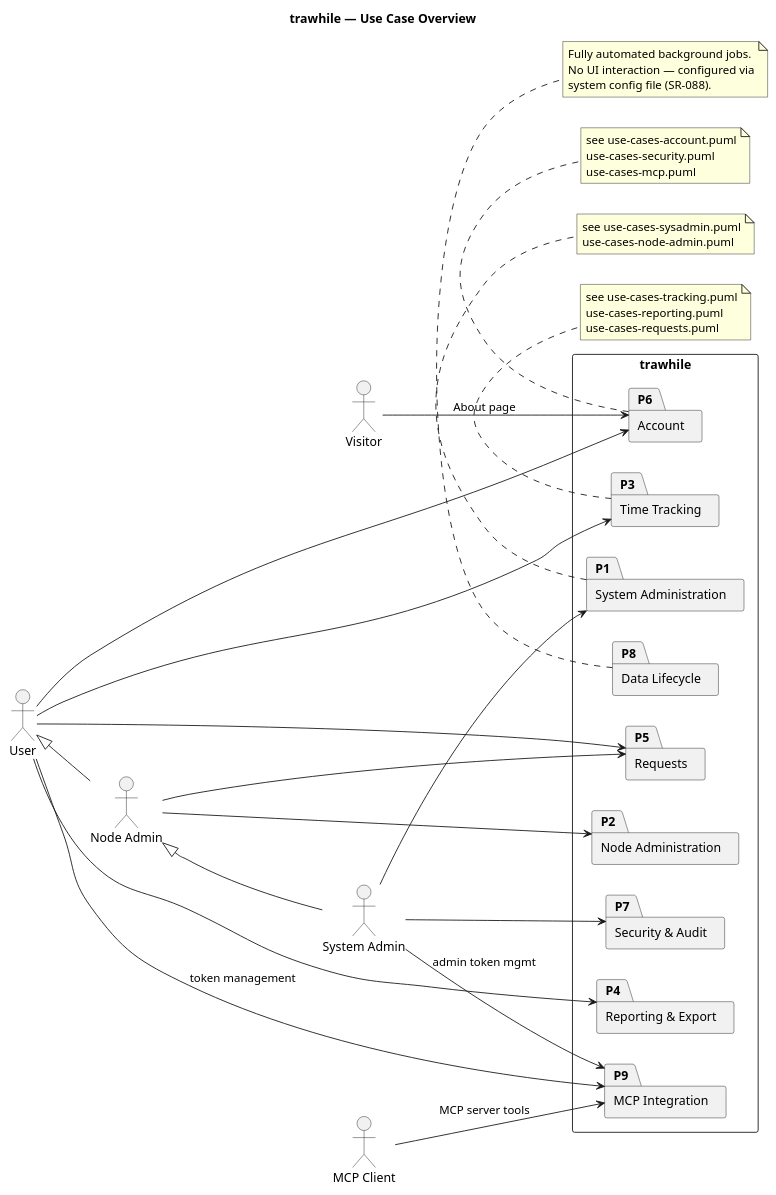
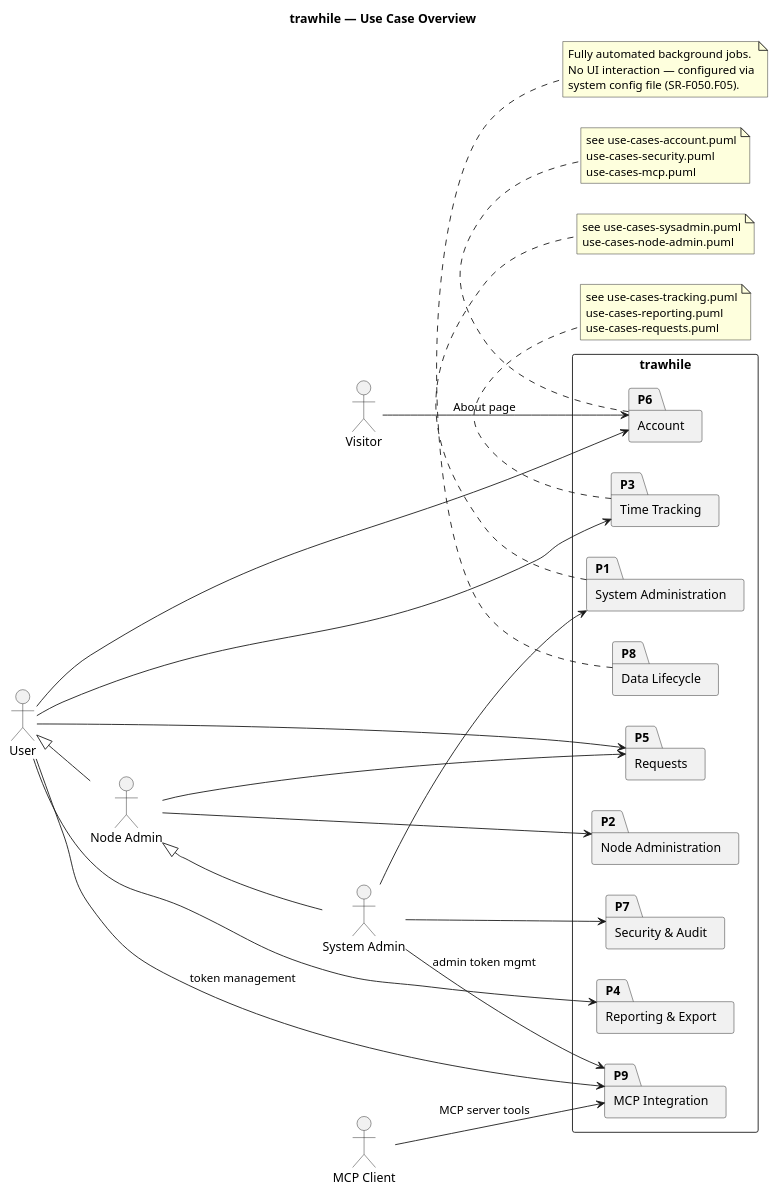
One commit to uCore7/trawhile changed the diagram in docs/uml/use-cases-overview.puml. Above: the diagram before and after it, drawn with PlantUML. The commit also changed 78 other files, not shown here.

```diff
--- a/docs/uml/use-cases-overview.puml
+++ b/docs/uml/use-cases-overview.puml
@@ -1,60 +1,60 @@
 @startuml use-cases-overview
 title trawhile — Use Case Overview
 
 left to right direction
 
 actor "Visitor" as Visitor
 actor "User" as User
 actor "Node Admin" as NodeAdmin
 actor "System Admin" as SysAdmin
 actor "MCP Client" as McpClient
 
 User <|-- NodeAdmin
 NodeAdmin <|-- SysAdmin
 
 rectangle trawhile {
     package "System Administration" as P1
     package "Node Administration" as P2
     package "Time Tracking" as P3
     package "Reporting & Export" as P4
     package "Requests" as P5
     package "Account" as P6
     package "Security & Audit" as P7
     package "Data Lifecycle" as P8
     package "MCP Integration" as P9
 }
 
 Visitor --> P6 : About page
 User --> P3
 User --> P4
 User --> P5
 User --> P6
 User --> P9 : token management
 NodeAdmin --> P2
 NodeAdmin --> P5
 SysAdmin --> P1
 SysAdmin --> P7
 SysAdmin --> P9 : admin token mgmt
 McpClient --> P9 : MCP server tools
 
 note bottom of P3
   see use-cases-tracking.puml
   use-cases-reporting.puml
   use-cases-requests.puml
 end note
 note bottom of P1
   see use-cases-sysadmin.puml
   use-cases-node-admin.puml
 end note
 note bottom of P6
   see use-cases-account.puml
   use-cases-security.puml
   use-cases-mcp.puml
 end note
 note bottom of P8
   Fully automated background jobs.
   No UI interaction — configured via
-  system config file (SR-088).
+  system config file (SR-F050.F05).
 end note
 
 @enduml
```
